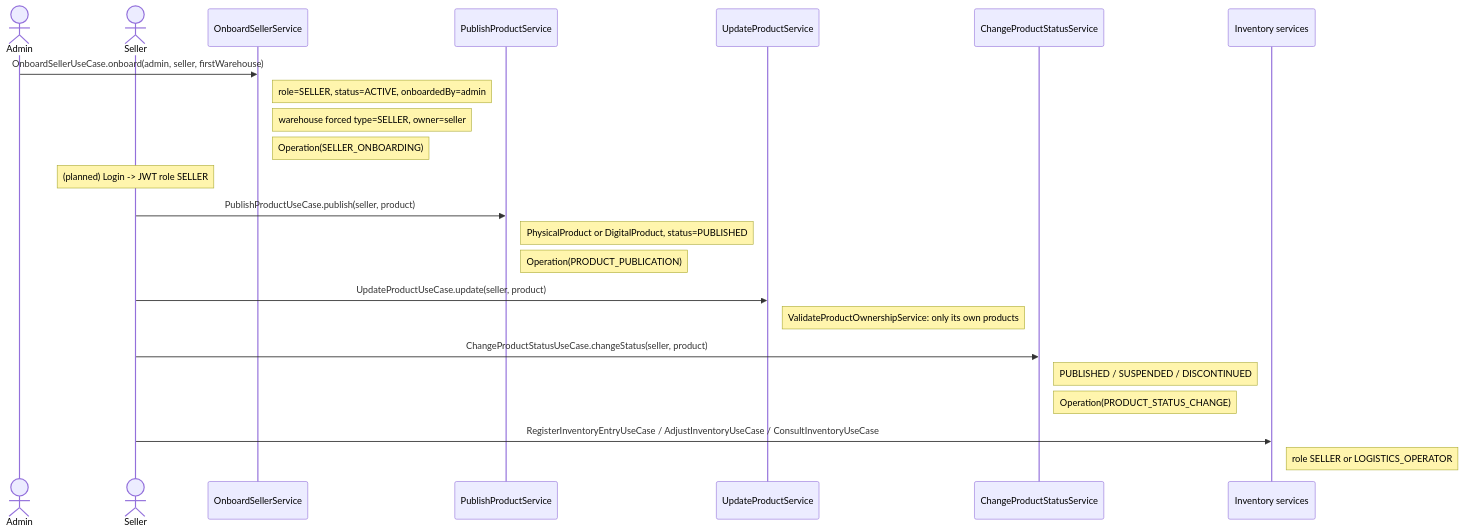
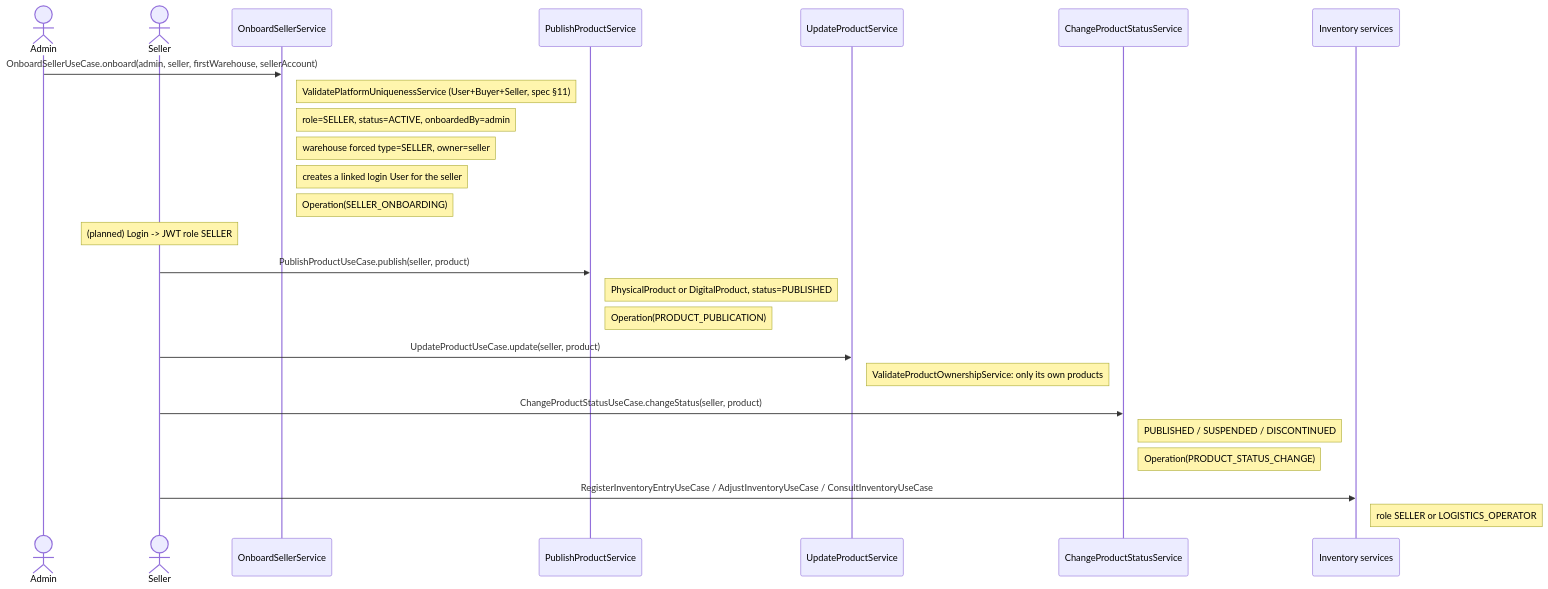
One commit to sirShovo/market_place changed the fifth of 9 diagrams in SDD/Code Walkthrough and Role Flows.md. Above: the diagram before and after it, drawn with Mermaid. The commit also changed other lines of this file and 31 other files, not shown here.

First line of the commit message:
fix(domain): platform-wide uniqueness, payment ownership, checkout reservation, user-buyer/seller link

````diff
--- a/SDD/Code Walkthrough and Role Flows.md
+++ b/SDD/Code Walkthrough and Role Flows.md
@@ -301,26 +337,28 @@
 ```mermaid
 sequenceDiagram
     actor A as Admin
     actor S as Seller
     participant Onb as OnboardSellerService
     participant Pub as PublishProductService
     participant Upd as UpdateProductService
     participant Stat as ChangeProductStatusService
     participant Inv as Inventory services
 
-    A->>Onb: OnboardSellerUseCase.onboard(admin, seller, firstWarehouse)
+    A->>Onb: OnboardSellerUseCase.onboard(admin, seller, firstWarehouse, sellerAccount)
+    Note right of Onb: ValidatePlatformUniquenessService (User+Buyer+Seller, spec §11)
     Note right of Onb: role=SELLER, status=ACTIVE, onboardedBy=admin
     Note right of Onb: warehouse forced type=SELLER, owner=seller
+    Note right of Onb: creates a linked login User for the seller
     Note right of Onb: Operation(SELLER_ONBOARDING)
     Note over S: (planned) Login -> JWT role SELLER
     S->>Pub: PublishProductUseCase.publish(seller, product)
     Note right of Pub: PhysicalProduct or DigitalProduct, status=PUBLISHED
     Note right of Pub: Operation(PRODUCT_PUBLICATION)
     S->>Upd: UpdateProductUseCase.update(seller, product)
     Note right of Upd: ValidateProductOwnershipService: only its own products
     S->>Stat: ChangeProductStatusUseCase.changeStatus(seller, product)
     Note right of Stat: PUBLISHED / SUSPENDED / DISCONTINUED
     Note right of Stat: Operation(PRODUCT_STATUS_CHANGE)
     S->>Inv: RegisterInventoryEntryUseCase / AdjustInventoryUseCase / ConsultInventoryUseCase
     Note right of Inv: role SELLER or LOGISTICS_OPERATOR
 ```
````
